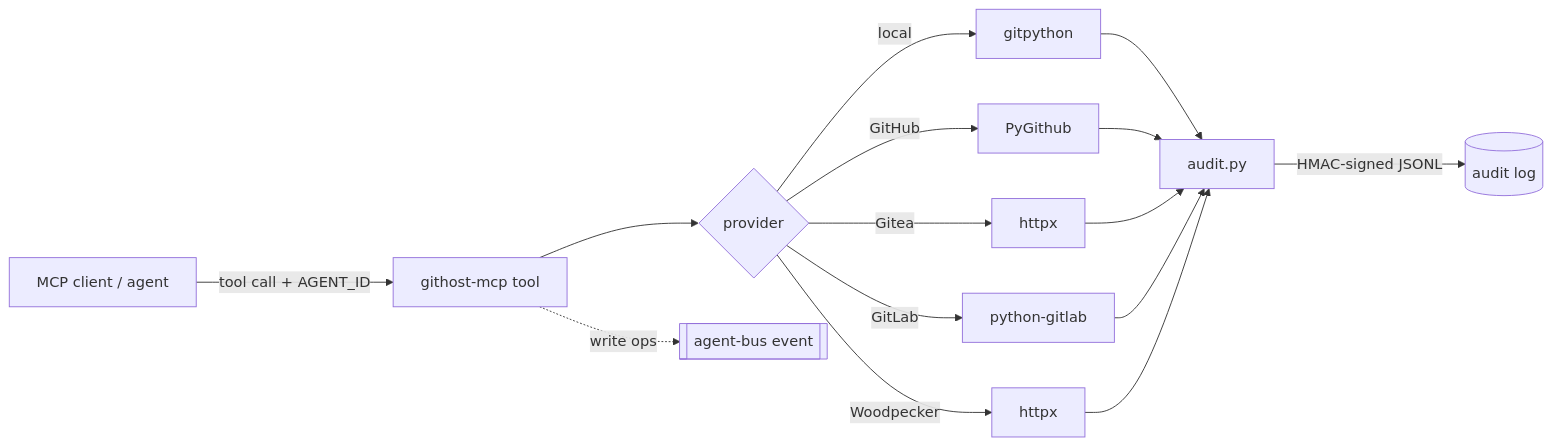
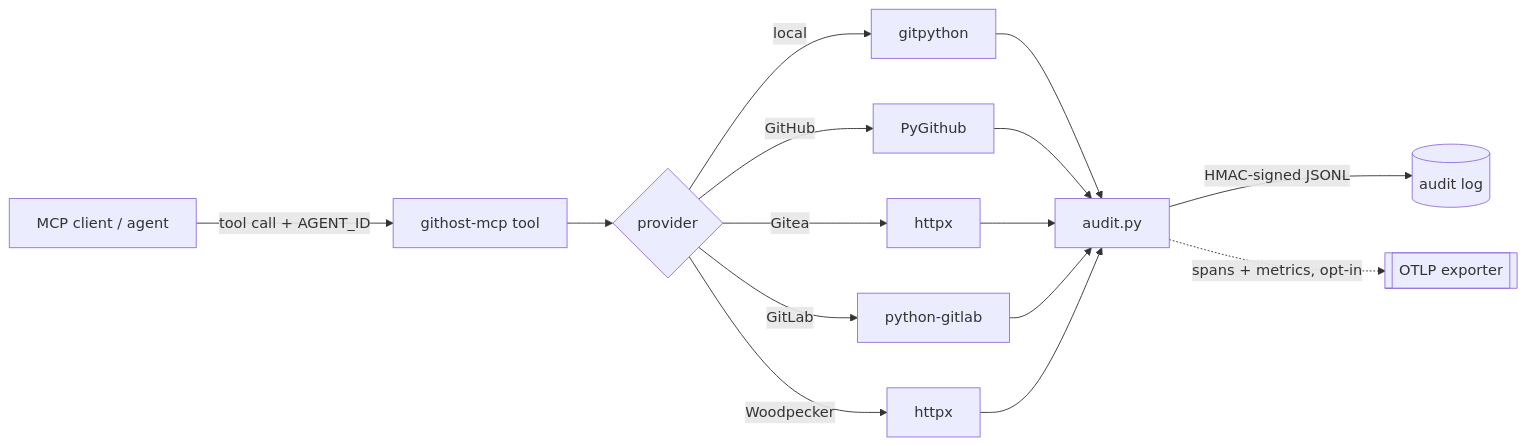
The first of 2 diagrams in README.md (TadMSTR/githost-mcp), drawn with Mermaid before and after one commit. The commit also changed other lines of this file, not shown here.

````diff
--- a/README.md
+++ b/README.md
@@ -14,17 +16,17 @@
 ```mermaid
 flowchart LR
     client[MCP client / agent] -->|tool call + AGENT_ID| tool[githost-mcp tool]
     tool --> dispatch{provider}
     dispatch -->|local| localgit[gitpython]
     dispatch -->|GitHub| gh[PyGithub]
     dispatch -->|Gitea| gitea[httpx]
     dispatch -->|GitLab| glab[python-gitlab]
     dispatch -->|Woodpecker| wp[httpx]
     localgit --> audit[audit.py]
     gh --> audit
     gitea --> audit
     glab --> audit
     wp --> audit
     audit -->|HMAC-signed JSONL| logfile[(audit log)]
-    tool -.->|write ops| bus[[agent-bus event]]
+    audit -.->|spans + metrics, opt-in| otel[[OTLP exporter]]
 ```
````
